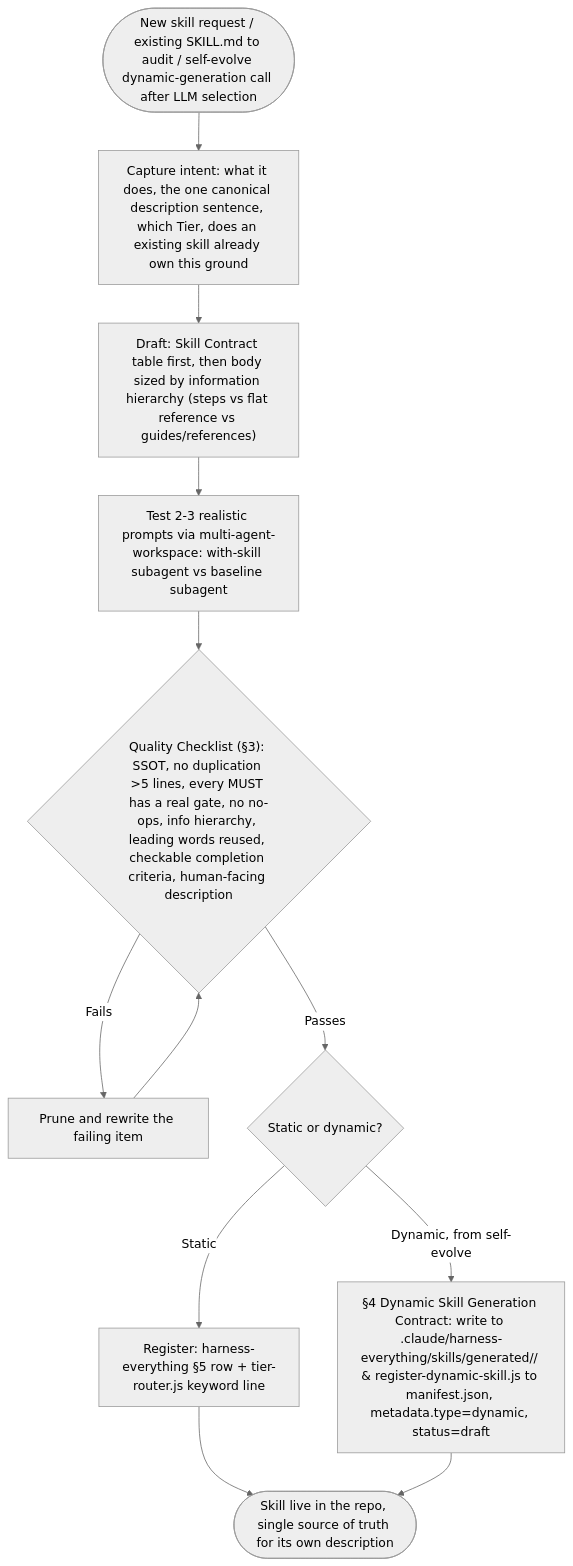
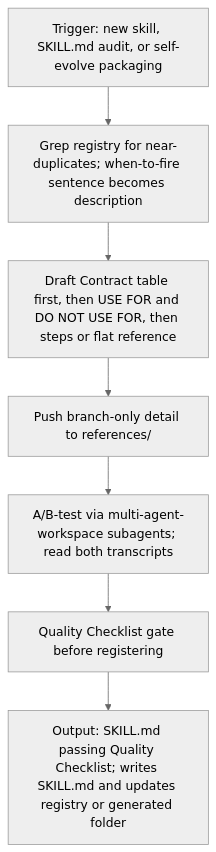
One commit to dyphn1/Harness-everything changed the first of 4 diagrams in docs/workflows/skill-creator.md. Above: the diagram before and after it, drawn with Mermaid (neutral theme). The commit also changed other lines of this file and 16 other files, not shown here.

````diff
--- a/docs/workflows/skill-creator.md
+++ b/docs/workflows/skill-creator.md
@@ -11,14 +11,9 @@
 ```mermaid
 graph TD
-  Start([New skill request / existing SKILL.md to audit / self-evolve dynamic-generation call after LLM selection]) --> Intent["Capture intent: what it does, the one canonical description sentence, which Tier, does an existing skill already own this ground"]
-  Intent --> Draft["Draft: Skill Contract table first, then body sized by information hierarchy (steps vs flat reference vs guides/references)"]
-  Draft --> Test["Test 2-3 realistic prompts via multi-agent-workspace: with-skill subagent vs baseline subagent"]
-  Test --> Checklist{"Quality Checklist (§3): SSOT, no duplication >5 lines, every MUST has a real gate, no no-ops, info hierarchy, leading words reused, checkable completion criteria, human-facing description"}
-  Checklist -->|Fails| Prune["Prune and rewrite the failing item"]
-  Prune --> Checklist
-  Checklist -->|Passes| Route{Static or dynamic?}
-  Route -->|Static| Register["Register: harness-everything §5 row + tier-router.js keyword line"]
-  Route -->|Dynamic, from self-evolve| DynamicContract["§4 Dynamic Skill Generation Contract: write to .claude/harness-everything/skills/generated/<name>/ & register-dynamic-skill.js to manifest.json, metadata.type=dynamic, status=draft"]
-  Register --> End([Skill live in the repo, single source of truth for its own description])
-  DynamicContract --> End
+  NewReq["Trigger: new skill, SKILL.md audit, or self-evolve packaging"] --> DupGrep["Grep registry for near-duplicates; when-to-fire sentence becomes description"]
+  DupGrep --> DraftContract["Draft Contract table first, then USE FOR and DO NOT USE FOR, then steps or flat reference"]
+  DraftContract --> PushRef["Push branch-only detail to references/"]
+  PushRef --> ABTest["A/B-test via multi-agent-workspace subagents; read both transcripts"]
+  ABTest --> QualityGate["Quality Checklist gate before registering"]
+  QualityGate --> RegisterOut["Output: SKILL.md passing Quality Checklist; writes SKILL.md and updates registry or generated folder"]
 ```
````
